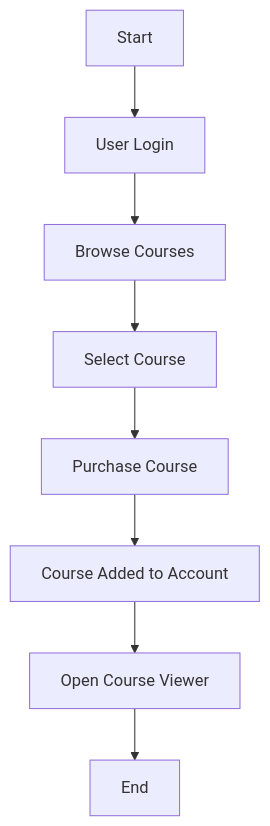
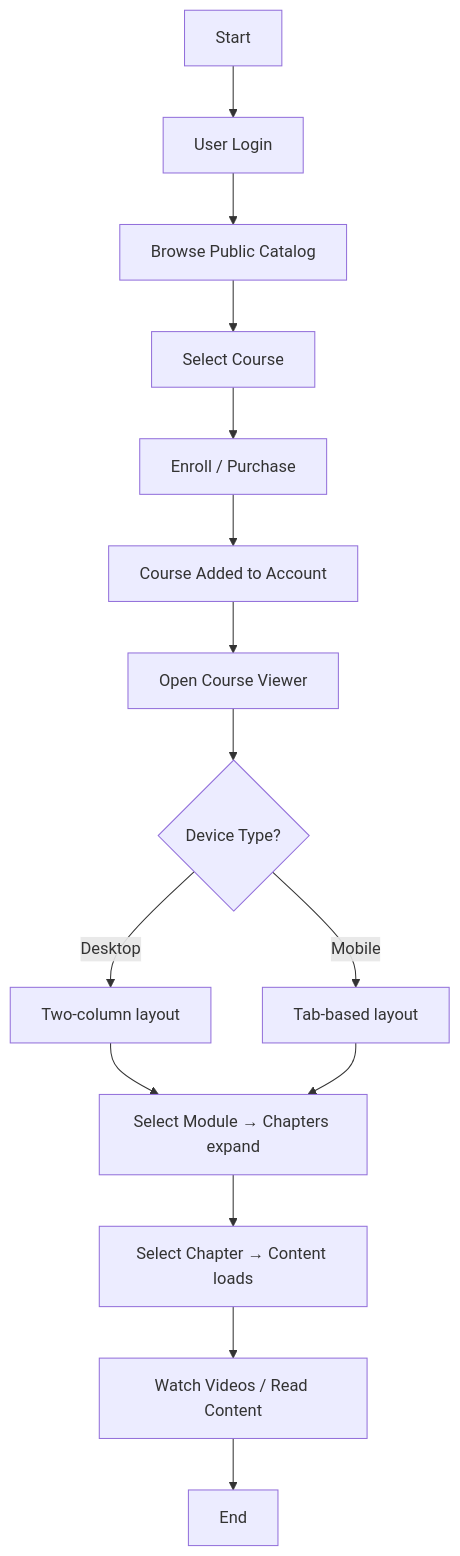
Before and after one commit to laveshgaur/LearnFlow: the second of 8 diagrams in FUNCTIONAL_DOCUMENT.md, drawn with Mermaid. The commit also changed other lines of this file and 11 other files, not shown here.

````diff
--- a/FUNCTIONAL_DOCUMENT.md
+++ b/FUNCTIONAL_DOCUMENT.md
@@ -170,10 +252,17 @@
 ```mermaid
 flowchart TD
 A[Start] --> B[User Login]
-B --> C[Browse Courses]
+B --> C[Browse Public Catalog]
 C --> D[Select Course]
-D --> E[Purchase Course]
+D --> E[Enroll / Purchase]
 E --> F[Course Added to Account]
 F --> G[Open Course Viewer]
-G --> H[End]
+G --> H{Device Type?}
+H -->|Desktop| I[Two-column layout]
+H -->|Mobile| J[Tab-based layout]
+I --> K[Select Module → Chapters expand]
+J --> K
+K --> L[Select Chapter → Content loads]
+L --> M[Watch Videos / Read Content]
+M --> N[End]
 ```
````
